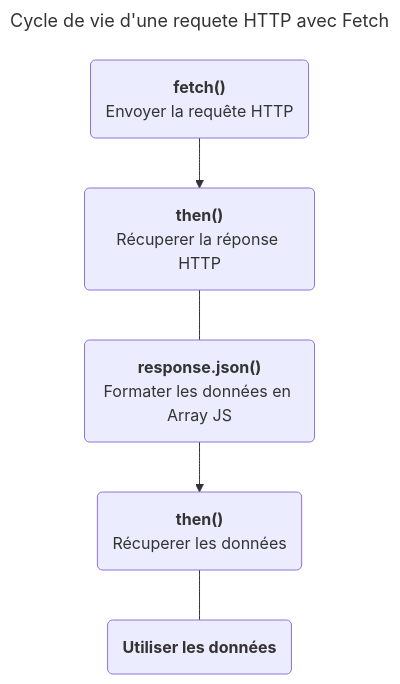
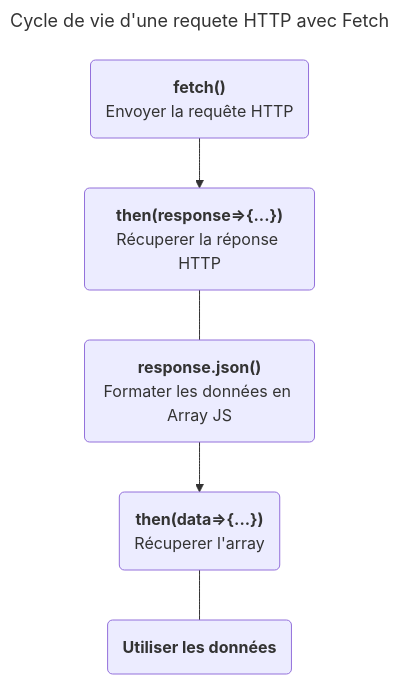
Before and after one commit to CHAOUCHI/parcours_dwwm: the first of 2 diagrams in 4. Introduction JavaScript et les langages interprétés/API/Browser/Fetch/1. Démonstration de fetch.md, drawn with Mermaid. The commit also changed other lines of this file and 5 other files, not shown here.

````diff
--- a/4. Introduction JavaScript et les langages interprétés/API/Browser/Fetch/1. Démonstration de fetch.md
+++ b/4. Introduction JavaScript et les langages interprétés/API/Browser/Fetch/1. Démonstration de fetch.md
@@ -136,21 +157,21 @@
 ```mermaid
 ---
 title: Cycle de vie d'une requete HTTP avec Fetch
 ---
 %%{init: {"flowchart": {"htmlLabels": false}} }%%
 flowchart TB
     fetch("`**fetch()**
     Envoyer la requête HTTP`")
     -->
-    then1("`**then()**
+    then1("`**then(response=>{...})**
     Récuperer la réponse HTTP`")
     ---
     thensuite("`**response.json()**
     Formater les données en Array JS`")
     -->
-    then2("`**then()**
-    Récuperer les données`")
+    then2("`**then(data=>{...})**
+    Récuperer l'array`")
     ---
     then2suite("`**Utiliser les données**`")
 
 ```
````
